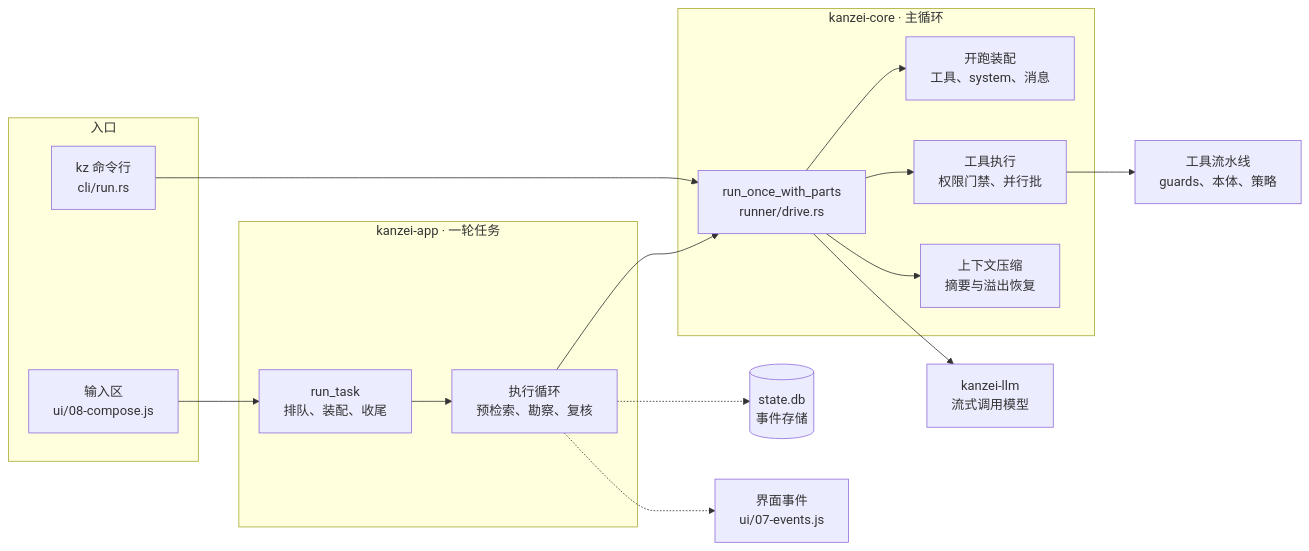
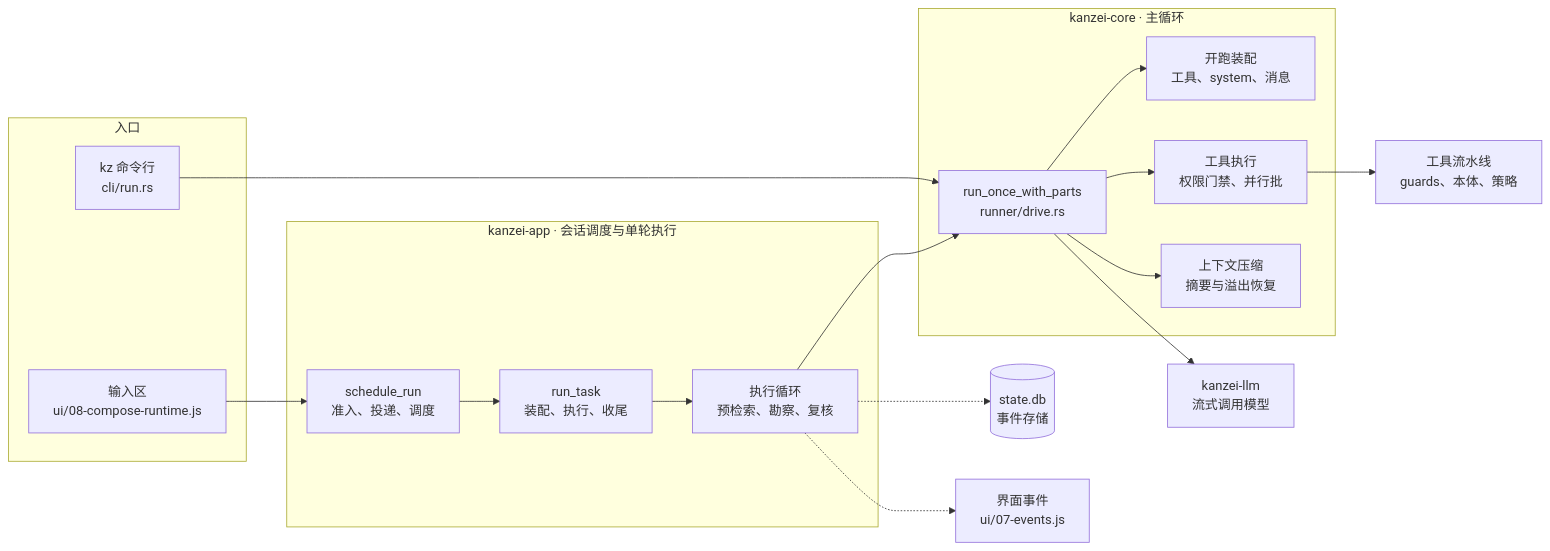
One commit to kanze1/kanzei-code changed the first of 3 diagrams in docs/architecture/01_runtime_loop.md. Above: the diagram before and after it, drawn with Mermaid. The commit also changed other lines of this file and 66 other files, not shown here.

````diff
--- a/docs/architecture/01_runtime_loop.md
+++ b/docs/architecture/01_runtime_loop.md
@@ -5,46 +7,49 @@
 ```mermaid
 flowchart LR
   subgraph entry_grp["入口"]
-    compose["输入区<br/>ui/08-compose.js"]:::entry
+    compose["输入区<br/>ui/08-compose-runtime.js"]:::entry
     cli["kz 命令行<br/>cli/run.rs"]:::entry
   end
-  subgraph app_grp["kanzei-app · 一轮任务"]
-    run_task["run_task<br/>排队、装配、收尾"]
+  subgraph app_grp["kanzei-app · 会话调度与单轮执行"]
+    scheduler["schedule_run<br/>准入、投递、调度"]
+    run_task["run_task<br/>装配、执行、收尾"]
     exec_loop["执行循环<br/>预检索、勘察、复核"]
   end
   subgraph core_grp["kanzei-core · 主循环"]
     drive["run_once_with_parts<br/>runner/drive.rs"]:::focus
     assembly["开跑装配<br/>工具、system、消息"]
     tool_exec["工具执行<br/>权限门禁、并行批"]
     compaction["上下文压缩<br/>摘要与溢出恢复"]
   end
   llm["kanzei-llm<br/>流式调用模型"]:::ext
   pipeline["工具流水线<br/>guards、本体、策略"]
   store[("state.db<br/>事件存储")]:::store
   ui_events["界面事件<br/>ui/07-events.js"]
 
-  compose --> run_task
+  compose --> scheduler
+  scheduler --> run_task
   cli --> drive
   run_task --> exec_loop
   exec_loop --> drive
   exec_loop -.-> ui_events
   exec_loop -.-> store
   drive --> assembly
   drive --> llm
   drive --> tool_exec
   drive --> compaction
   tool_exec --> pipeline
 
-  click compose "crates/kanzei-app/ui/08-compose.js" "输入区:经 run_prompt 发送一轮任务"
+  click compose "crates/kanzei-app/ui/08-compose-runtime.js" "输入区:经 run_prompt 发送或投递消息"
   click cli "crates/kanzei/src/cli/run.rs" "kz run:命令行直接调 run_once"
+  click scheduler "crates/kanzei-app/src/commands/run.rs" "schedule_run:输入准入、会话执行所有权和队列提升"
   click run_task "crates/kanzei-app/src/run/coordinator.rs" "run_task:装配、事件循环、轮末收尾"
   click exec_loop "crates/kanzei-app/src/run/execution.rs" "run_execution_loop:记忆预检索 → 勘察 → 主循环 → 复核修正"
   click drive "crates/kanzei-core/src/runner/drive.rs" "run_once_with_parts:单次运行主循环"
   click assembly "crates/kanzei-core/src/runner/drive/assembly.rs" "开跑时的工具物化、system 分块与消息初始化"
   click tool_exec "crates/kanzei-core/src/runner/drive/permissions.rs" "按规则集裁决允许 / 询问 / 拒绝;并行批见 drive/parallel_tools.rs"
   click compaction "crates/kanzei-core/src/runner/compaction.rs" "主动压缩与上下文溢出恢复"
   click llm "crates/kanzei-llm/src/lib.rs" "多协议 LLM、流式事件与认证,连到模型服务商"
   click pipeline "crates/kanzei-harness/src/tool_pipeline.rs" "run_tool_pipeline:guards → 工具本体 → result policies → observers"
   click store "crates/kanzei-core/src/store/events.rs" "事件存储(state.db)"
   click ui_events "crates/kanzei-app/ui/07-events.js" "前端事件处理"
 ```
````
